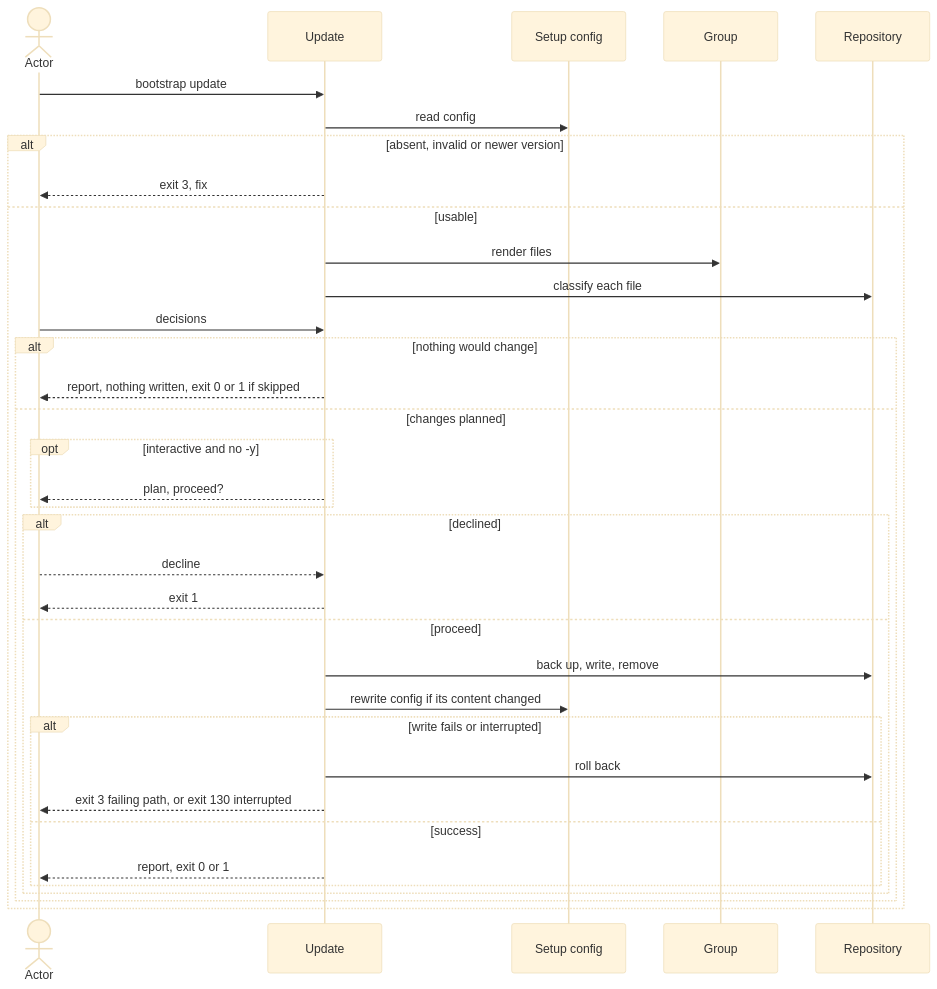
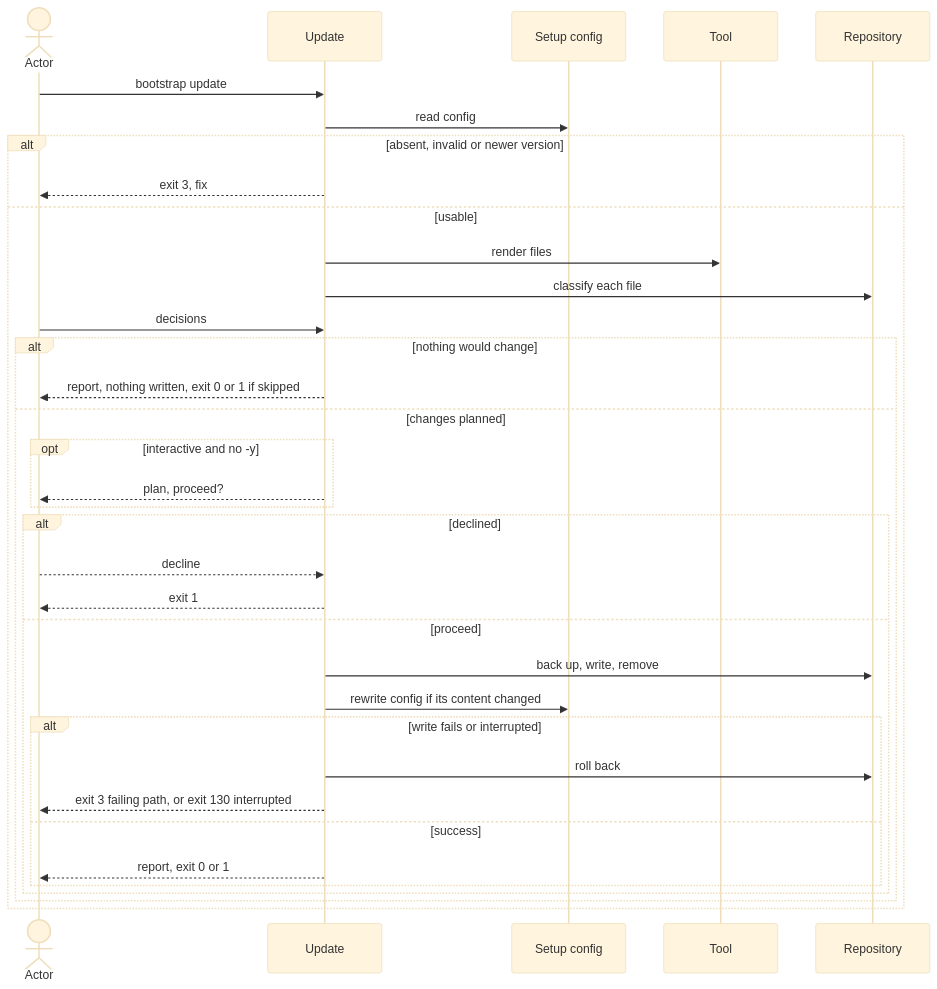
One commit to virajp/bootstrap changed the diagram in docs/blueprint/flows/cli/130-update-repository/index.md. Above: the diagram before and after it, drawn with Mermaid (base theme). The commit also changed other lines of this file and 19 other files, not shown here.

First line of the commit message:
docs: blueprint group→tool restructure and init contract gaps

````diff
--- a/docs/blueprint/flows/cli/130-update-repository/index.md
+++ b/docs/blueprint/flows/cli/130-update-repository/index.md
@@ -118,37 +121,37 @@
 ```mermaid
 sequenceDiagram
     actor O as Actor
     participant U as Update
     participant C as Setup config
-    participant G as Group
+    participant G as Tool
     participant R as Repository
     O->>U: bootstrap update
     U->>C: read config
     alt absent, invalid or newer version
         U-->>O: exit 3, fix
     else usable
         U->>G: render files
         U->>R: classify each file
         O->>U: decisions
         alt nothing would change
             U-->>O: report, nothing written, exit 0 or 1 if skipped
         else changes planned
             opt interactive and no -y
                 U-->>O: plan, proceed?
             end
             alt declined
                 O-->>U: decline
                 U-->>O: exit 1
             else proceed
                 U->>R: back up, write, remove
                 U->>C: rewrite config if its content changed
                 alt write fails or interrupted
                     U->>R: roll back
                     U-->>O: exit 3 failing path, or exit 130 interrupted
                 else success
                     U-->>O: report, exit 0 or 1
                 end
             end
         end
     end
 ```
````
